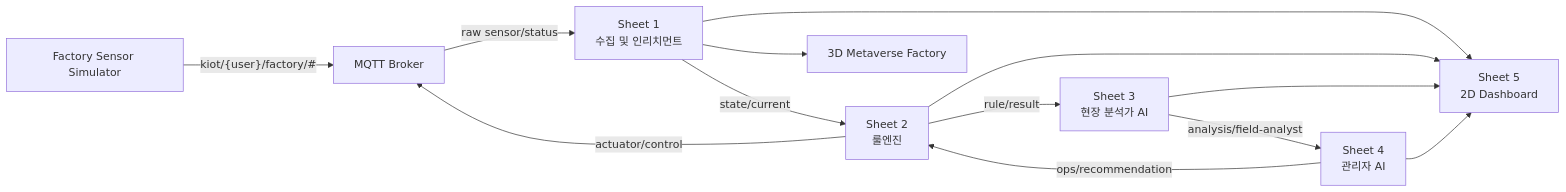
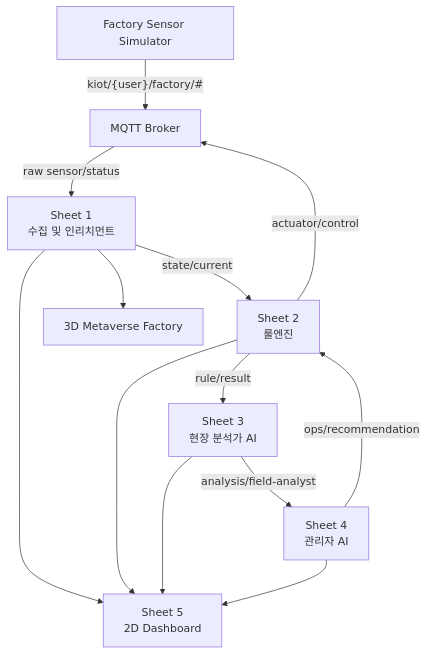
Before and after one commit to zenit9hub/withus-aiot-digital-twin-ops: the diagram in docs/architecture/system-overview.md, drawn with Mermaid. The commit also changed other lines of this file and 21 other files, not shown here.

Commit message:
docs: publish lecture-sequence handbook

````diff
--- a/docs/architecture/system-overview.md
+++ b/docs/architecture/system-overview.md
@@ -14,15 +14,24 @@
 ```mermaid
-flowchart LR
-  sim["Factory Sensor Simulator"] -->|"kiot/{user}/factory/#"| mqtt["MQTT Broker"]
-  mqtt -->|"raw sensor/status"| sheet1["Sheet 1<br/>수집 및 인리치먼트"]
-  sheet1 -->|"state/current"| sheet2["Sheet 2<br/>룰엔진"]
+flowchart TB
+  sim["Factory Sensor Simulator"]
+  mqtt["MQTT Broker"]
+  sheet1["Sheet 1<br/>수집 및 인리치먼트"]
+  sheet2["Sheet 2<br/>룰엔진"]
+  sheet3["Sheet 3<br/>현장 분석가 AI"]
+  sheet4["Sheet 4<br/>관리자 AI"]
+  dash["Sheet 5<br/>2D Dashboard"]
+  meta["3D Metaverse Factory"]
+
+  sim -->|"kiot/{user}/factory/#"| mqtt
+  mqtt -->|"raw sensor/status"| sheet1
+  sheet1 -->|"state/current"| sheet2
+  sheet2 -->|"rule/result"| sheet3
+  sheet3 -->|"analysis/field-analyst"| sheet4
+  sheet4 -->|"ops/recommendation"| sheet2
   sheet2 -->|"actuator/control"| mqtt
-  sheet2 -->|"rule/result"| sheet3["Sheet 3<br/>현장 분석가 AI"]
-  sheet3 -->|"analysis/field-analyst"| sheet4["Sheet 4<br/>관리자 AI"]
-  sheet4 -->|"ops/recommendation"| sheet2
-  sheet1 --> dash["Sheet 5<br/>2D Dashboard"]
+  sheet1 --> dash
   sheet2 --> dash
   sheet3 --> dash
   sheet4 --> dash
-  sheet1 --> meta["3D Metaverse Factory"]
+  sheet1 --> meta
 ```
````
